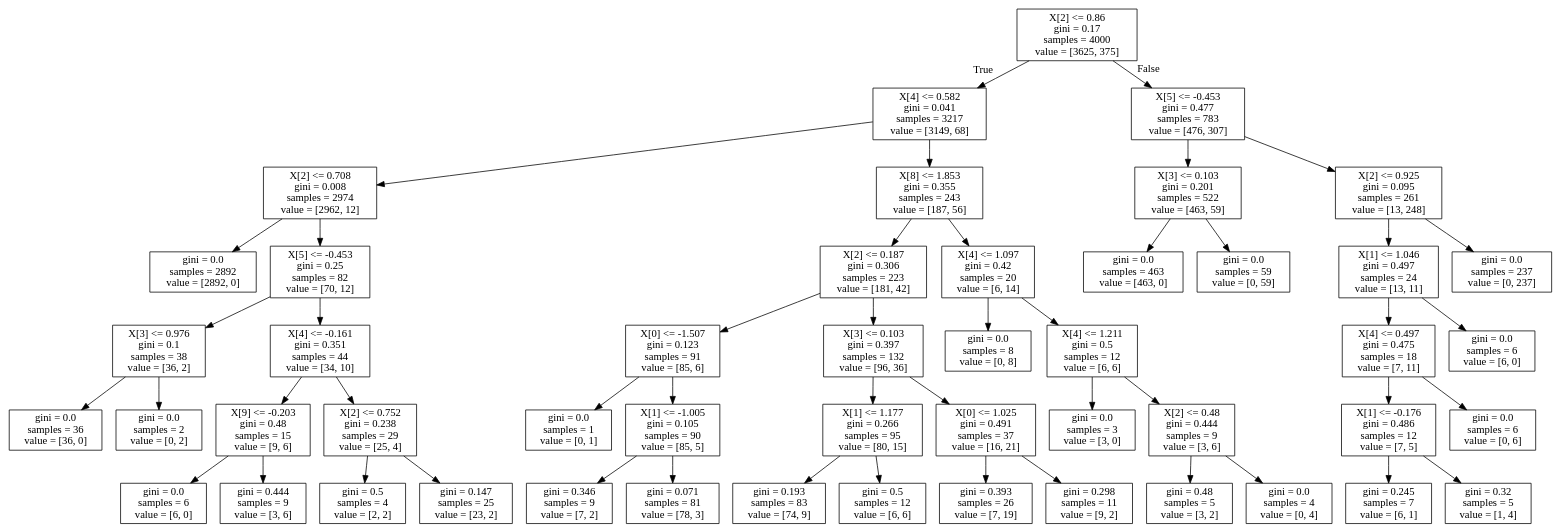
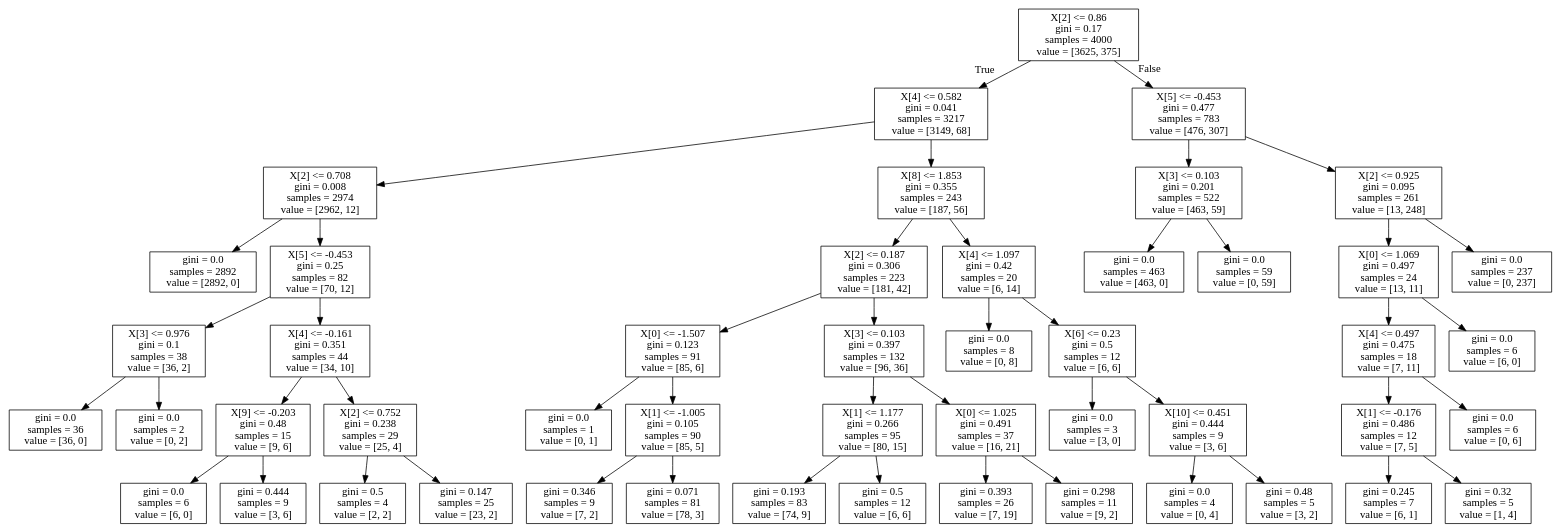
The diagram in Day24/BankPersonalLoan/bankloan.dot (Gurunjai/LetsUpgrade-AI-ML), drawn with Graphviz before and after one commit. The commit also changed 3 other files, not shown here.

```diff
--- a/Day24/BankPersonalLoan/bankloan.dot
+++ b/Day24/BankPersonalLoan/bankloan.dot
@@ -1,100 +1,100 @@
 digraph Tree {
 node [shape=box] ;
 0 [label="X[2] <= 0.86\ngini = 0.17\nsamples = 4000\nvalue = [3625, 375]"] ;
 1 [label="X[4] <= 0.582\ngini = 0.041\nsamples = 3217\nvalue = [3149, 68]"] ;
 0 -> 1 [labeldistance=2.5, labelangle=45, headlabel="True"] ;
 2 [label="X[2] <= 0.708\ngini = 0.008\nsamples = 2974\nvalue = [2962, 12]"] ;
 1 -> 2 ;
 3 [label="gini = 0.0\nsamples = 2892\nvalue = [2892, 0]"] ;
 2 -> 3 ;
 4 [label="X[5] <= -0.453\ngini = 0.25\nsamples = 82\nvalue = [70, 12]"] ;
 2 -> 4 ;
 5 [label="X[3] <= 0.976\ngini = 0.1\nsamples = 38\nvalue = [36, 2]"] ;
 4 -> 5 ;
 6 [label="gini = 0.0\nsamples = 36\nvalue = [36, 0]"] ;
 5 -> 6 ;
 7 [label="gini = 0.0\nsamples = 2\nvalue = [0, 2]"] ;
 5 -> 7 ;
 8 [label="X[4] <= -0.161\ngini = 0.351\nsamples = 44\nvalue = [34, 10]"] ;
 4 -> 8 ;
 9 [label="X[9] <= -0.203\ngini = 0.48\nsamples = 15\nvalue = [9, 6]"] ;
 8 -> 9 ;
 10 [label="gini = 0.0\nsamples = 6\nvalue = [6, 0]"] ;
 9 -> 10 ;
 11 [label="gini = 0.444\nsamples = 9\nvalue = [3, 6]"] ;
 9 -> 11 ;
 12 [label="X[2] <= 0.752\ngini = 0.238\nsamples = 29\nvalue = [25, 4]"] ;
 8 -> 12 ;
 13 [label="gini = 0.5\nsamples = 4\nvalue = [2, 2]"] ;
 12 -> 13 ;
 14 [label="gini = 0.147\nsamples = 25\nvalue = [23, 2]"] ;
 12 -> 14 ;
 15 [label="X[8] <= 1.853\ngini = 0.355\nsamples = 243\nvalue = [187, 56]"] ;
 1 -> 15 ;
 16 [label="X[2] <= 0.187\ngini = 0.306\nsamples = 223\nvalue = [181, 42]"] ;
 15 -> 16 ;
 17 [label="X[0] <= -1.507\ngini = 0.123\nsamples = 91\nvalue = [85, 6]"] ;
 16 -> 17 ;
 18 [label="gini = 0.0\nsamples = 1\nvalue = [0, 1]"] ;
 17 -> 18 ;
 19 [label="X[1] <= -1.005\ngini = 0.105\nsamples = 90\nvalue = [85, 5]"] ;
 17 -> 19 ;
 20 [label="gini = 0.346\nsamples = 9\nvalue = [7, 2]"] ;
 19 -> 20 ;
 21 [label="gini = 0.071\nsamples = 81\nvalue = [78, 3]"] ;
 19 -> 21 ;
 22 [label="X[3] <= 0.103\ngini = 0.397\nsamples = 132\nvalue = [96, 36]"] ;
 16 -> 22 ;
 23 [label="X[1] <= 1.177\ngini = 0.266\nsamples = 95\nvalue = [80, 15]"] ;
 22 -> 23 ;
 24 [label="gini = 0.193\nsamples = 83\nvalue = [74, 9]"] ;
 23 -> 24 ;
 25 [label="gini = 0.5\nsamples = 12\nvalue = [6, 6]"] ;
 23 -> 25 ;
 26 [label="X[0] <= 1.025\ngini = 0.491\nsamples = 37\nvalue = [16, 21]"] ;
 22 -> 26 ;
 27 [label="gini = 0.393\nsamples = 26\nvalue = [7, 19]"] ;
 26 -> 27 ;
 28 [label="gini = 0.298\nsamples = 11\nvalue = [9, 2]"] ;
 26 -> 28 ;
 29 [label="X[4] <= 1.097\ngini = 0.42\nsamples = 20\nvalue = [6, 14]"] ;
 15 -> 29 ;
 30 [label="gini = 0.0\nsamples = 8\nvalue = [0, 8]"] ;
 29 -> 30 ;
-31 [label="X[4] <= 1.211\ngini = 0.5\nsamples = 12\nvalue = [6, 6]"] ;
+31 [label="X[6] <= 0.23\ngini = 0.5\nsamples = 12\nvalue = [6, 6]"] ;
 29 -> 31 ;
 32 [label="gini = 0.0\nsamples = 3\nvalue = [3, 0]"] ;
 31 -> 32 ;
-33 [label="X[2] <= 0.48\ngini = 0.444\nsamples = 9\nvalue = [3, 6]"] ;
+33 [label="X[10] <= 0.451\ngini = 0.444\nsamples = 9\nvalue = [3, 6]"] ;
 31 -> 33 ;
-34 [label="gini = 0.48\nsamples = 5\nvalue = [3, 2]"] ;
+34 [label="gini = 0.0\nsamples = 4\nvalue = [0, 4]"] ;
 33 -> 34 ;
-35 [label="gini = 0.0\nsamples = 4\nvalue = [0, 4]"] ;
+35 [label="gini = 0.48\nsamples = 5\nvalue = [3, 2]"] ;
 33 -> 35 ;
 36 [label="X[5] <= -0.453\ngini = 0.477\nsamples = 783\nvalue = [476, 307]"] ;
 0 -> 36 [labeldistance=2.5, labelangle=-45, headlabel="False"] ;
 37 [label="X[3] <= 0.103\ngini = 0.201\nsamples = 522\nvalue = [463, 59]"] ;
 36 -> 37 ;
 38 [label="gini = 0.0\nsamples = 463\nvalue = [463, 0]"] ;
 37 -> 38 ;
 39 [label="gini = 0.0\nsamples = 59\nvalue = [0, 59]"] ;
 37 -> 39 ;
 40 [label="X[2] <= 0.925\ngini = 0.095\nsamples = 261\nvalue = [13, 248]"] ;
 36 -> 40 ;
-41 [label="X[1] <= 1.046\ngini = 0.497\nsamples = 24\nvalue = [13, 11]"] ;
+41 [label="X[0] <= 1.069\ngini = 0.497\nsamples = 24\nvalue = [13, 11]"] ;
 40 -> 41 ;
 42 [label="X[4] <= 0.497\ngini = 0.475\nsamples = 18\nvalue = [7, 11]"] ;
 41 -> 42 ;
 43 [label="X[1] <= -0.176\ngini = 0.486\nsamples = 12\nvalue = [7, 5]"] ;
 42 -> 43 ;
 44 [label="gini = 0.245\nsamples = 7\nvalue = [6, 1]"] ;
 43 -> 44 ;
 45 [label="gini = 0.32\nsamples = 5\nvalue = [1, 4]"] ;
 43 -> 45 ;
 46 [label="gini = 0.0\nsamples = 6\nvalue = [0, 6]"] ;
 42 -> 46 ;
 47 [label="gini = 0.0\nsamples = 6\nvalue = [6, 0]"] ;
 41 -> 47 ;
 48 [label="gini = 0.0\nsamples = 237\nvalue = [0, 237]"] ;
 40 -> 48 ;
 }
```
